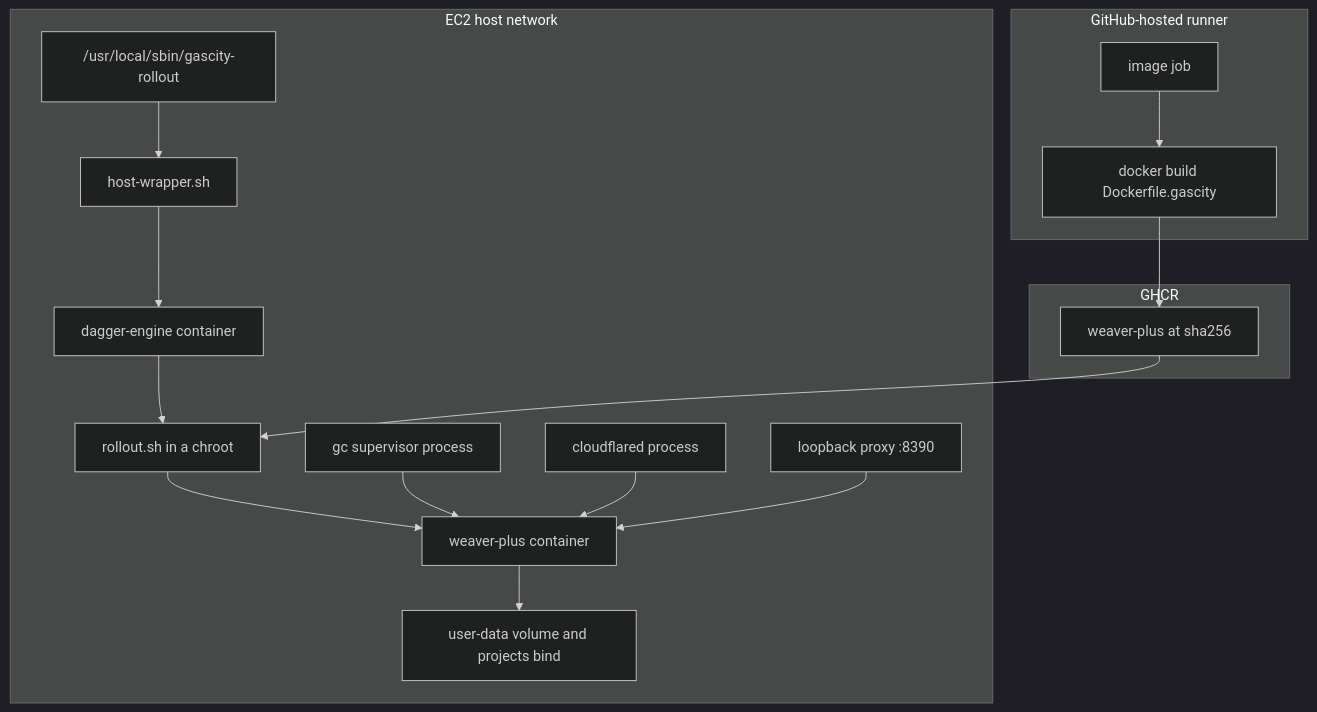
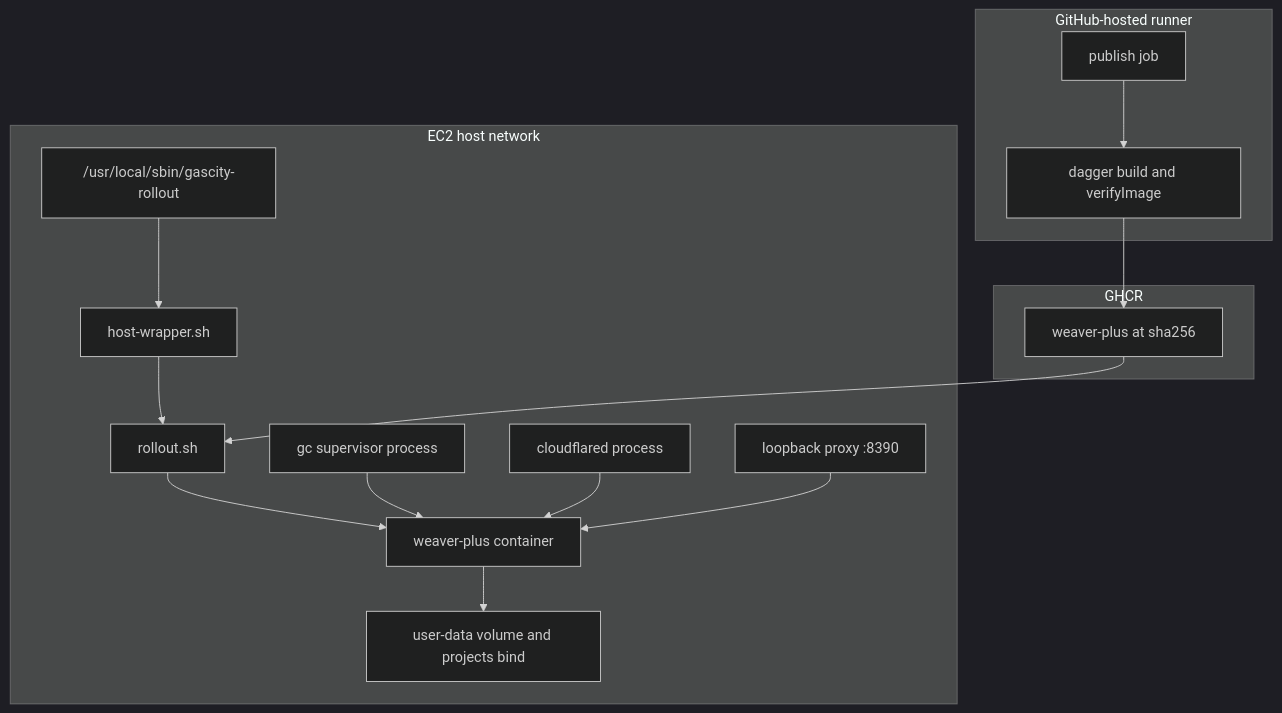
The second of 8 diagrams in plans/offhost-image-pull.md (Awannaphasch2016/dyad), drawn with Mermaid (dark theme) before and after one commit. The commit also changed other lines of this file and 1 other file, not shown here.

First line of the commit message:
Lock the image plan so Dagger publishes and EC2 only pulls.

````diff
--- a/plans/offhost-image-pull.md
+++ b/plans/offhost-image-pull.md
@@ -328,32 +341,30 @@
 ```mermaid
 flowchart TB
   subgraph runner [GitHub-hosted runner]
-    Job[image job]
-    DK[docker build Dockerfile.gascity]
+    Job[publish job]
+    DK[dagger build and verifyImage]
     Job --> DK
   end
   subgraph registry [GHCR]
     Dig[weaver-plus at sha256]
   end
   subgraph ec2 [EC2 host network]
     Sbin["/usr/local/sbin/gascity-rollout"]
     Wrap[host-wrapper.sh]
-    Dag[dagger-engine container]
-    Roll[rollout.sh in a chroot]
+    Roll[rollout.sh]
     Dyad["weaver-plus container"]
     GC2[gc supervisor process]
     Tun[cloudflared process]
     Proxy[loopback proxy :8390]
     Vol[user-data volume and projects bind]
   end
   DK --> Dig
   Sbin --> Wrap
-  Wrap --> Dag
-  Dag --> Roll
+  Wrap --> Roll
   Dig --> Roll
   Roll --> Dyad
   Dyad --> Vol
   GC2 --> Dyad
   Tun --> Dyad
   Proxy --> Dyad
 ```
````
